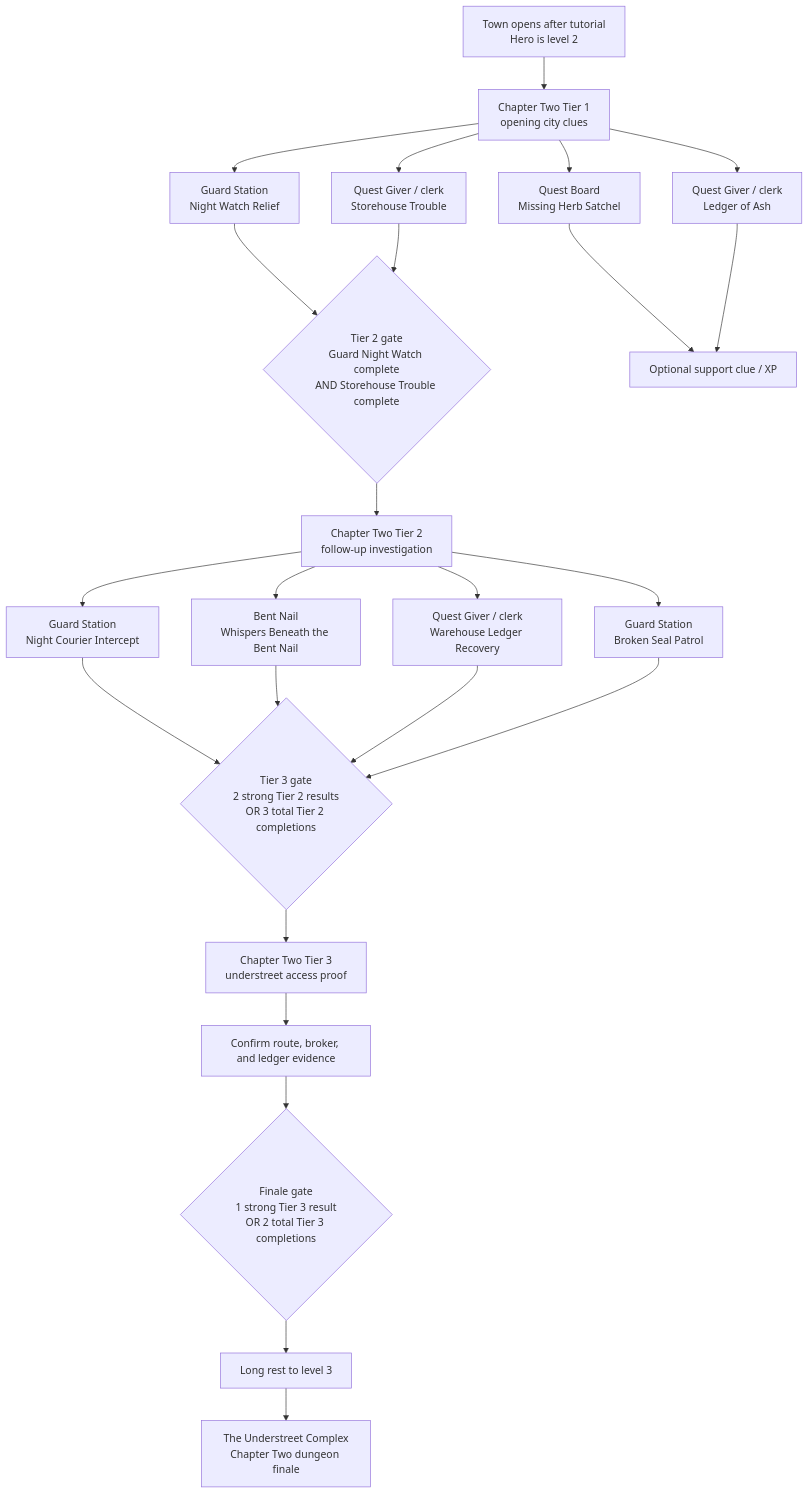
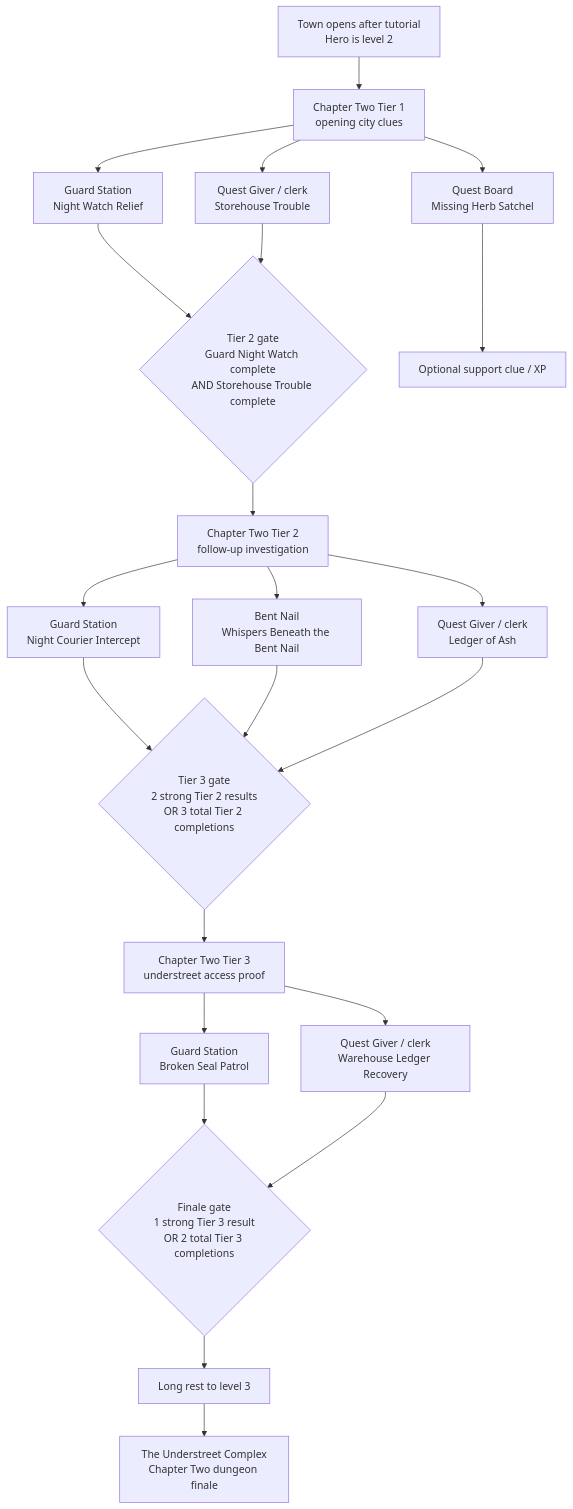
Before and after one commit to JesperYH24/dnd-git-adventure: the second of 4 diagrams in docs/visual-story-progression.md, drawn with Mermaid. The commit also changed 3 other files, not shown here.

````diff
--- a/docs/visual-story-progression.md
+++ b/docs/visual-story-progression.md
@@ -28,32 +28,30 @@
 ```mermaid
 flowchart TD
     TownOpen["Town opens after tutorial\nHero is level 2"] --> T1["Chapter Two Tier 1\nopening city clues"]
 
     T1 --> GuardNight["Guard Station\nNight Watch Relief"]
     T1 --> Storehouse["Quest Giver / clerk\nStorehouse Trouble"]
     T1 --> Herbs["Quest Board\nMissing Herb Satchel"]
-    T1 --> LedgerAsh["Quest Giver / clerk\nLedger of Ash"]
 
     GuardNight --> T1Gate{"Tier 2 gate\nGuard Night Watch complete\nAND Storehouse Trouble complete"}
     Storehouse --> T1Gate
     Herbs --> T1Support["Optional support clue / XP"]
-    LedgerAsh --> T1Support
 
     T1Gate --> T2["Chapter Two Tier 2\nfollow-up investigation"]
+    T2 --> LedgerAsh["Quest Giver / clerk\nLedger of Ash"]
     T2 --> Courier["Guard Station\nNight Courier Intercept"]
     T2 --> BentNail["Bent Nail\nWhispers Beneath the Bent Nail"]
-    T2 --> LedgerRecovery["Quest Giver / clerk\nWarehouse Ledger Recovery"]
-    T2 --> BrokenSeal["Guard Station\nBroken Seal Patrol"]
 
     Courier --> T2Gate{"Tier 3 gate\n2 strong Tier 2 results\nOR 3 total Tier 2 completions"}
     BentNail --> T2Gate
-    LedgerRecovery --> T2Gate
-    BrokenSeal --> T2Gate
+    LedgerAsh --> T2Gate
 
     T2Gate --> T3["Chapter Two Tier 3\nunderstreet access proof"]
-    T3 --> AccessProof["Confirm route, broker, and ledger evidence"]
-    AccessProof --> T3Gate{"Finale gate\n1 strong Tier 3 result\nOR 2 total Tier 3 completions"}
+    T3 --> BrokenSeal["Guard Station\nBroken Seal Patrol"]
+    T3 --> LedgerRecovery["Quest Giver / clerk\nWarehouse Ledger Recovery"]
+    BrokenSeal --> T3Gate{"Finale gate\n1 strong Tier 3 result\nOR 2 total Tier 3 completions"}
+    LedgerRecovery --> T3Gate
 
     T3Gate --> Level3["Long rest to level 3"]
     Level3 --> Understreet["The Understreet Complex\nChapter Two dungeon finale"]
 ```
````
